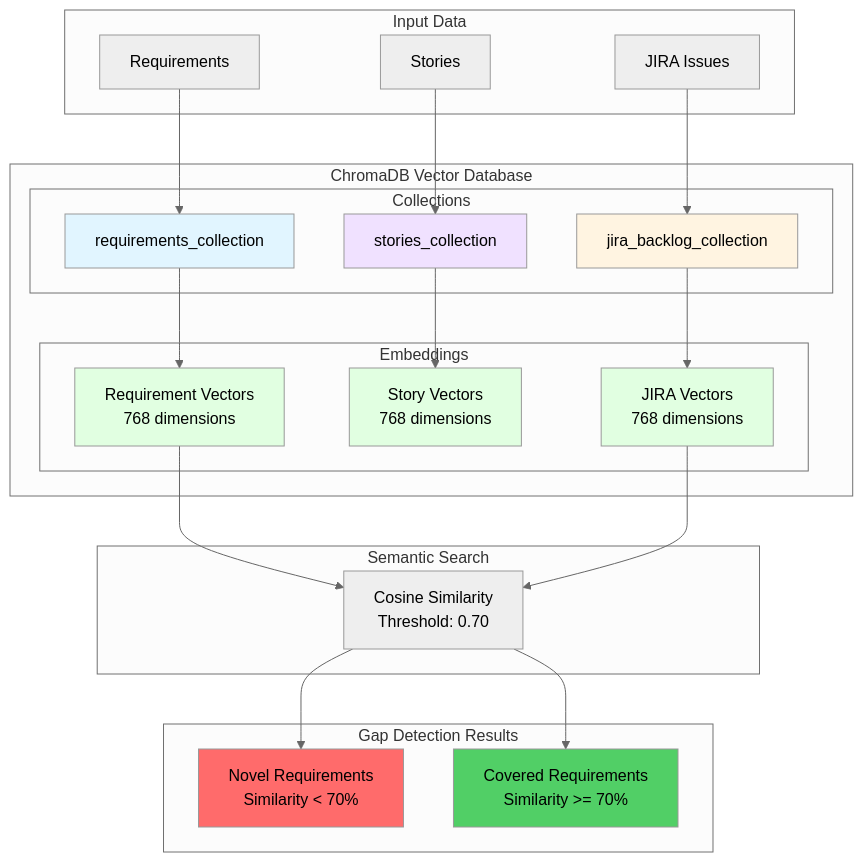
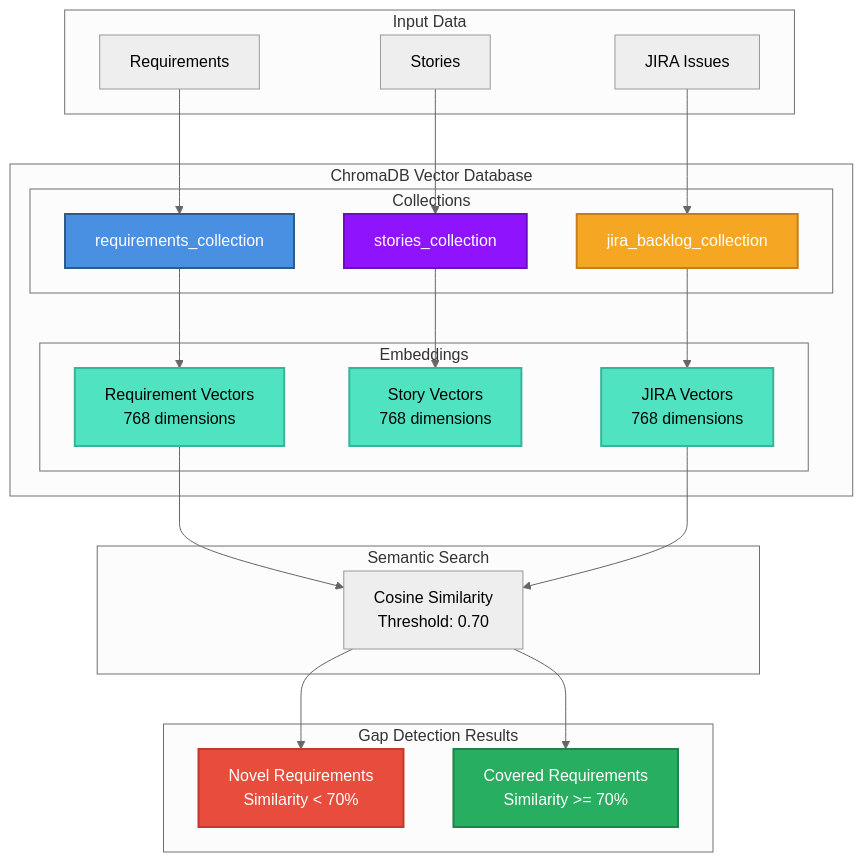
One commit to bmblack/backlog-synthesizer changed the fifth of 6 diagrams in docs/diagrams.md. Above: the diagram before and after it, drawn with Mermaid (neutral theme). The commit also changed other lines of this file, not shown here.

First line of the commit message:
Update Mermaid diagram colors for better readability

````diff
--- a/docs/diagrams.md
+++ b/docs/diagrams.md
@@ -344,56 +344,56 @@
 ```mermaid
 graph TB
     subgraph "Input Data"
         R[Requirements]
         S[Stories]
         J[JIRA Issues]
     end
 
     subgraph "ChromaDB Vector Database"
         subgraph "Collections"
             C1[requirements_collection]
             C2[stories_collection]
             C3[jira_backlog_collection]
         end
 
         subgraph "Embeddings"
             E1[Requirement Vectors<br/>768 dimensions]
             E2[Story Vectors<br/>768 dimensions]
             E3[JIRA Vectors<br/>768 dimensions]
         end
     end
 
     subgraph "Semantic Search"
         SS[Cosine Similarity<br/>Threshold: 0.70]
     end
 
     subgraph "Gap Detection Results"
         N[Novel Requirements<br/>Similarity < 70%]
         CO[Covered Requirements<br/>Similarity >= 70%]
     end
 
     R --> C1
     S --> C2
     J --> C3
 
     C1 --> E1
     C2 --> E2
     C3 --> E3
 
     E1 --> SS
     E3 --> SS
 
     SS --> N
     SS --> CO
 
-    style C1 fill:#e1f5ff
-    style C2 fill:#f0e1ff
-    style C3 fill:#fff4e1
+    style C1 fill:#4A90E2,stroke:#2E5C8A,stroke-width:2px,color:#fff
+    style C2 fill:#9013FE,stroke:#6B0FC2,stroke-width:2px,color:#fff
+    style C3 fill:#F5A623,stroke:#C77E1A,stroke-width:2px,color:#fff
 
-    style E1 fill:#e1ffe1
-    style E2 fill:#e1ffe1
-    style E3 fill:#e1ffe1
+    style E1 fill:#50E3C2,stroke:#3AB39B,stroke-width:2px,color:#000
+    style E2 fill:#50E3C2,stroke:#3AB39B,stroke-width:2px,color:#000
+    style E3 fill:#50E3C2,stroke:#3AB39B,stroke-width:2px,color:#000
 
-    style N fill:#ff6b6b
-    style CO fill:#51cf66
+    style N fill:#E74C3C,stroke:#C0392B,stroke-width:2px,color:#fff
+    style CO fill:#27AE60,stroke:#1E8449,stroke-width:2px,color:#fff
 ```
````
